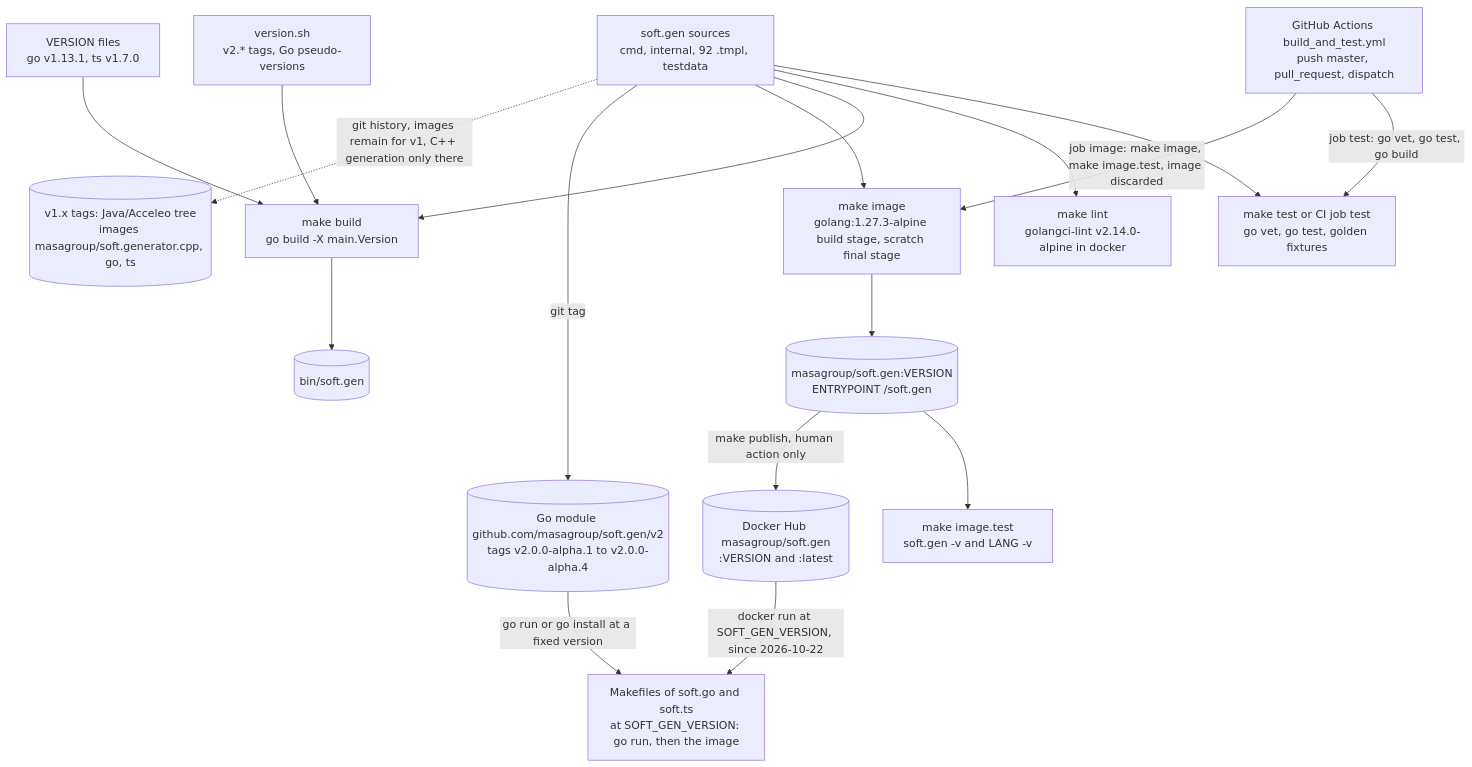
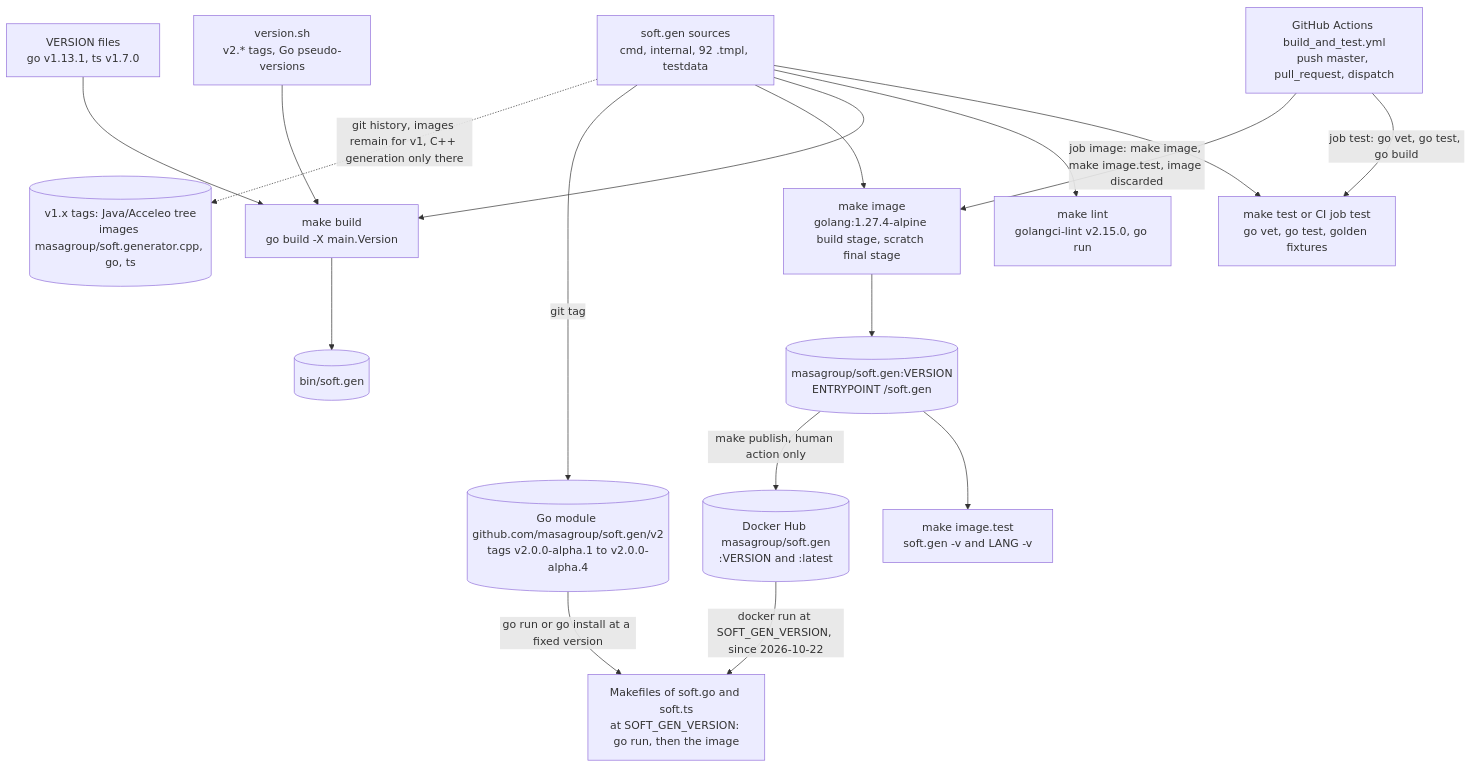
Before and after one commit to masagroup/soft.gen: the sixth of 6 diagrams in ARCHITECTURE.md, drawn with Mermaid. The commit also changed other lines of this file and 3 other files, not shown here.

First line of the commit message:
build: golangci-lint v2.15.0, golang 1.27.4 images

````diff
--- a/ARCHITECTURE.md
+++ b/ARCHITECTURE.md
@@ -214,31 +214,31 @@
 ```mermaid
 flowchart TB
     GH["GitHub Actions build_and_test.yml<br/>push master, pull_request, dispatch"]
     SRC["soft.gen sources<br/>cmd, internal, 92 .tmpl, testdata"]
     VSH["version.sh<br/>v2.* tags, Go pseudo-versions"]
     VF["VERSION files<br/>go v1.13.1, ts v1.7.0"]
     TEST["make test or CI job test<br/>go vet, go test, golden fixtures"]
-    LINT["make lint<br/>golangci-lint v2.14.0-alpine in docker"]
+    LINT["make lint<br/>golangci-lint v2.15.0, go run"]
     BUILD["make build<br/>go build -X main.Version"]
     BIN[("bin/soft.gen")]
-    IMGB["make image<br/>golang:1.27.3-alpine build stage, scratch final stage"]
+    IMGB["make image<br/>golang:1.27.4-alpine build stage, scratch final stage"]
     IMG[("masagroup/soft.gen:VERSION<br/>ENTRYPOINT /soft.gen")]
     IT["make image.test<br/>soft.gen -v and LANG -v"]
     HUB[("Docker Hub masagroup/soft.gen<br/>:VERSION and :latest")]
     MODP[("Go module github.com/masagroup/soft.gen/v2<br/>tags v2.0.0-alpha.1 to v2.0.0-alpha.4")]
     CONS["Makefiles of soft.go and soft.ts<br/>at SOFT_GEN_VERSION: go run, then the image"]
     V1T[("v1.x tags: Java/Acceleo tree<br/>images masagroup/soft.generator.cpp, go, ts")]
     GH -->|"job test: go vet, go test, go build"| TEST
     GH -->|"job image: make image, make image.test, image discarded"| IMGB
     SRC --> TEST
     SRC --> LINT
     SRC --> BUILD --> BIN
     VSH --> BUILD
     VF --> BUILD
     SRC --> IMGB --> IMG --> IT
     IMG -->|"make publish, human action only"| HUB
     SRC -->|"git tag"| MODP
     HUB -->|"docker run at SOFT_GEN_VERSION, since 2026-10-22"| CONS
     MODP -->|"go run or go install at a fixed version"| CONS
     SRC -.->|"git history, images remain for v1, C++ generation only there"| V1T
 ```
````
